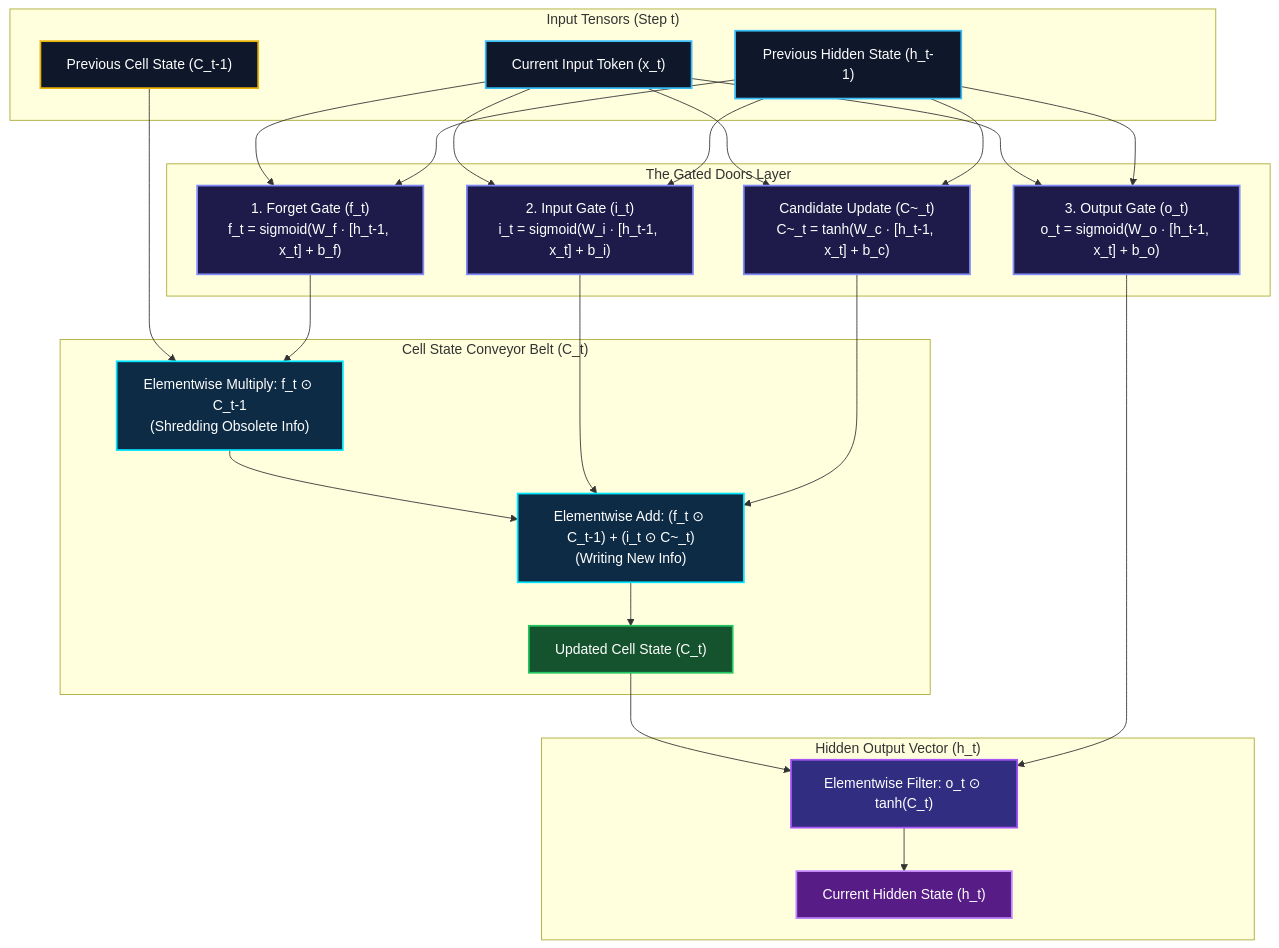
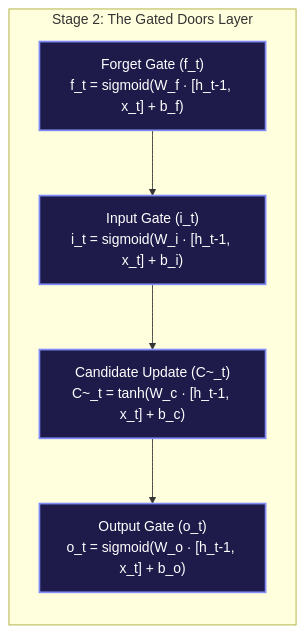
Before and after one commit to narenandu/narenvadapalli_dot_com: the second of 4 diagrams in contents/blog/0072-why-lstms-were-needed-rnn-amnesia-memory-conveyor-belts-gated-doors/index.md, drawn with Mermaid. The commit also changed 22 other files, not shown here.

Commit message:
fix(blog): resolve side-by-side Mermaid diagrams, KaTeX math formatting, and alert tags across all blogs

````diff
--- a/contents/blog/0072-why-lstms-were-needed-rnn-amnesia-memory-conveyor-belts-gated-doors/index.md
+++ b/contents/blog/0072-why-lstms-were-needed-rnn-amnesia-memory-conveyor-belts-gated-doors/index.md
@@ -63,66 +77,17 @@
 ```mermaid
 flowchart TD
-    direction TB
-    
-    subgraph Inputs ["Input Tensors (Step t)"]
-        XT["Current Input Token (x_t)"]
-        HT_PREV["Previous Hidden State (h_t-1)"]
-        CT_PREV["Previous Cell State (C_t-1)"]
+    subgraph Gates ["Stage 2: The Gated Doors Layer"]
+        direction TD
+        FG["Forget Gate (f_t)<br/>f_t = sigmoid(W_f · [h_t-1, x_t] + b_f)"]
+        IG["Input Gate (i_t)<br/>i_t = sigmoid(W_i · [h_t-1, x_t] + b_i)"]
+        C_CAND["Candidate Update (C~_t)<br/>C~_t = tanh(W_c · [h_t-1, x_t] + b_c)"]
+        OG["Output Gate (o_t)<br/>o_t = sigmoid(W_o · [h_t-1, x_t] + b_o)"]
+        
+        FG --> IG --> C_CAND --> OG
     end
 
-    subgraph Gates ["The Gated Doors Layer"]
-        FG["1. Forget Gate (f_t)<br/>f_t = sigmoid(W_f · [h_t-1, x_t] + b_f)"]
-        IG["2. Input Gate (i_t)<br/>i_t = sigmoid(W_i · [h_t-1, x_t] + b_i)"]
-        C_CAND["Candidate Update (C~_t)<br/>C~_t = tanh(W_c · [h_t-1, x_t] + b_c)"]
-        OG["3. Output Gate (o_t)<br/>o_t = sigmoid(W_o · [h_t-1, x_t] + b_o)"]
-    end
-
-    subgraph ConveyorBelt ["Cell State Conveyor Belt (C_t)"]
-        ERASE["Elementwise Multiply: f_t ⊙ C_t-1<br/>(Shredding Obsolete Info)"]
-        WRITE["Elementwise Add: (f_t ⊙ C_t-1) + (i_t ⊙ C~_t)<br/>(Writing New Info)"]
-        CT_NEXT["Updated Cell State (C_t)"]
-    end
-
-    subgraph OutputState ["Hidden Output Vector (h_t)"]
-        FILTER["Elementwise Filter: o_t ⊙ tanh(C_t)"]
-        HT_NEXT["Current Hidden State (h_t)"]
-    end
-
-    XT --> FG
-    XT --> IG
-    XT --> C_CAND
-    XT --> OG
-    
-    HT_PREV --> FG
-    HT_PREV --> IG
-    HT_PREV --> C_CAND
-    HT_PREV --> OG
-
-    CT_PREV --> ERASE
-    FG --> ERASE
-    
-    ERASE --> WRITE
-    IG --> WRITE
-    C_CAND --> WRITE
-    
-    WRITE --> CT_NEXT
-    CT_NEXT --> FILTER
-    OG --> FILTER
-    FILTER --> HT_NEXT
-
-    style XT fill:#0f172a,stroke:#38bdf8,stroke-width:2px,color:#ffffff
-    style HT_PREV fill:#0f172a,stroke:#38bdf8,stroke-width:2px,color:#ffffff
-    style CT_PREV fill:#0f172a,stroke:#eab308,stroke-width:2px,color:#ffffff
-    
     style FG fill:#1e1b4b,stroke:#818cf8,stroke-width:2px,color:#ffffff
     style IG fill:#1e1b4b,stroke:#818cf8,stroke-width:2px,color:#ffffff
     style C_CAND fill:#1e1b4b,stroke:#818cf8,stroke-width:2px,color:#ffffff
     style OG fill:#1e1b4b,stroke:#818cf8,stroke-width:2px,color:#ffffff
-    
-    style ERASE fill:#0d2b45,stroke:#00e5ff,stroke-width:2px,color:#ffffff
-    style WRITE fill:#0d2b45,stroke:#00e5ff,stroke-width:2px,color:#ffffff
-    style CT_NEXT fill:#14532d,stroke:#22c55e,stroke-width:2px,color:#ffffff
-    
-    style FILTER fill:#312e81,stroke:#a855f7,stroke-width:2px,color:#ffffff
-    style HT_NEXT fill:#581c87,stroke:#c084fc,stroke-width:2px,color:#ffffff
 ```
````
